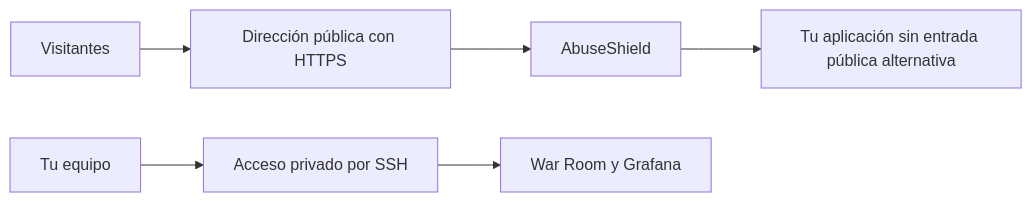
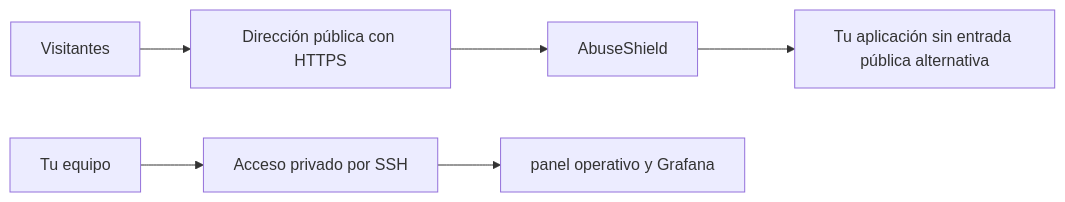
One commit to daniwxxx/abuseshield-docs changed the diagram in docs/guias/servidor.md. Above: the diagram before and after it, drawn with Mermaid. The commit also changed other lines of this file and 40 other files, not shown here.

````diff
--- a/docs/guias/servidor.md
+++ b/docs/guias/servidor.md
@@ -50,8 +50,8 @@
 ```mermaid
 flowchart LR
     visitas[Visitantes] --> https[Dirección pública con HTTPS]
     https --> proteccion[AbuseShield]
     proteccion --> app[Tu aplicación sin entrada pública alternativa]
     operador[Tu equipo] --> ssh[Acceso privado por SSH]
-    ssh --> panel[War Room y Grafana]
+    ssh --> panel[panel operativo y Grafana]
 ```
````
